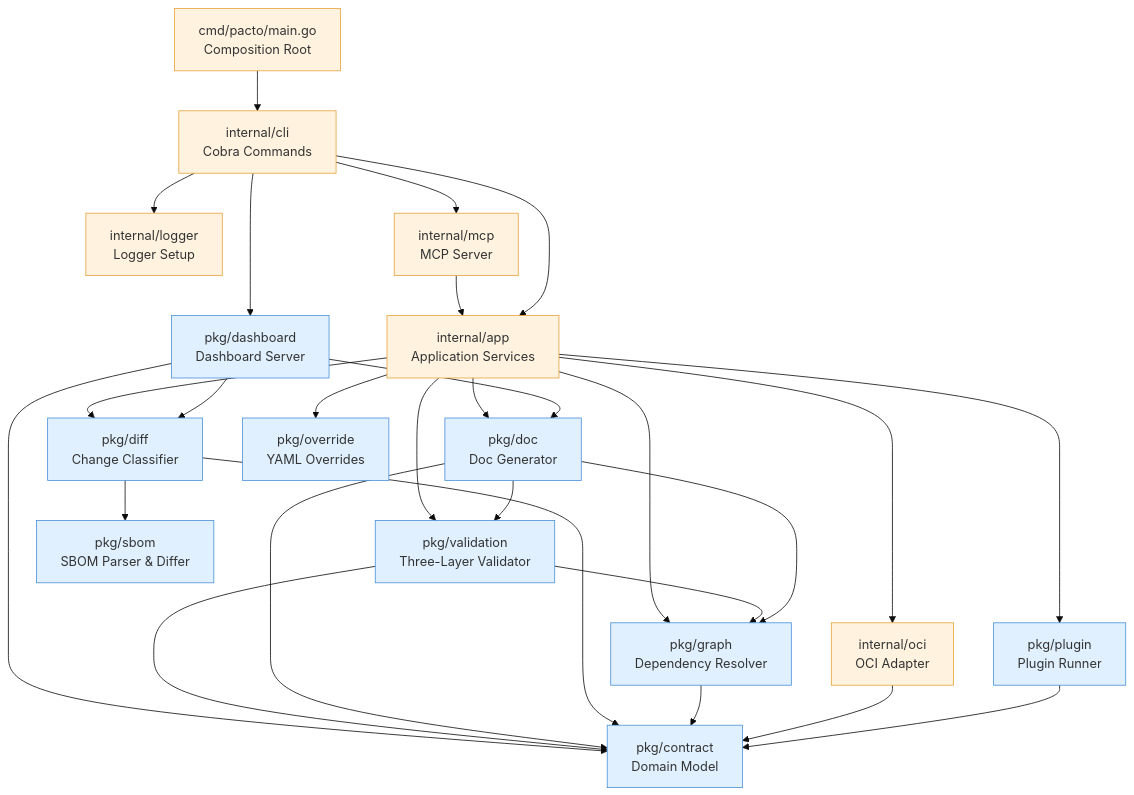
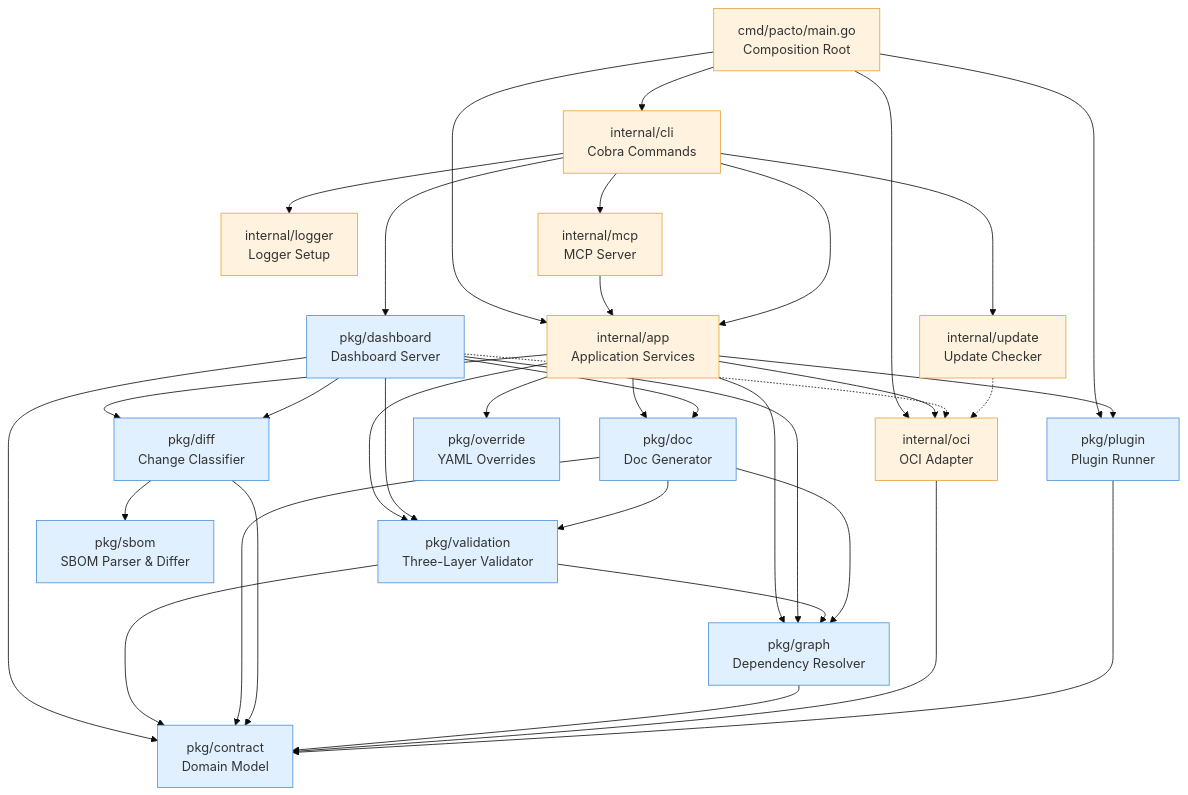
The first of 2 diagrams in docs/architecture.md (BurkeVeble83476n/pacto), drawn with Mermaid (base theme) before and after one commit. The commit also changed other lines of this file and 20 other files, not shown here.

````diff
--- a/docs/architecture.md
+++ b/docs/architecture.md
@@ -24,34 +24,42 @@
 ```mermaid
 graph TD
     MAIN[cmd/pacto/main.go<br/>Composition Root] --> CLI[internal/cli<br/>Cobra Commands]
+    MAIN --> APP
+    MAIN --> OCI
+    MAIN --> PLUG
     CLI --> LOG[internal/logger<br/>Logger Setup]
     CLI --> MCP[internal/mcp<br/>MCP Server]
+    CLI --> UPDATE[internal/update<br/>Update Checker]
     MCP --> APP
     CLI --> APP[internal/app<br/>Application Services]
     APP --> VAL[pkg/validation<br/>Three-Layer Validator]
     APP --> DIFF[pkg/diff<br/>Change Classifier]
     APP --> GRAPH[pkg/graph<br/>Dependency Resolver]
     APP --> OCI[internal/oci<br/>OCI Adapter]
     APP --> PLUG[pkg/plugin<br/>Plugin Runner]
     APP --> DOC[pkg/doc<br/>Doc Generator]
     APP --> OVER[pkg/override<br/>YAML Overrides]
     CLI --> DASH[pkg/dashboard<br/>Dashboard Server]
     DASH --> CONTRACT
     DASH --> DOC
     DASH --> DIFF
+    DASH --> VAL
+    DASH --> GRAPH
+    DASH -.-> OCI
     DIFF --> SBOM[pkg/sbom<br/>SBOM Parser & Differ]
     VAL --> GRAPH
     DOC --> GRAPH
     DOC --> VAL
     VAL --> CONTRACT[pkg/contract<br/>Domain Model]
     DOC --> CONTRACT
     DIFF --> CONTRACT
     GRAPH --> CONTRACT
     OCI --> CONTRACT
     PLUG --> CONTRACT
+    UPDATE -.-> OCI
 
     classDef pkg fill:#e0f0ff,stroke:#4a90d9
     classDef internal fill:#fff3e0,stroke:#e6a23c
     class CONTRACT,VAL,DIFF,GRAPH,PLUG,DOC,SBOM,OVER,DASH pkg
-    class APP,CLI,LOG,MCP,OCI,MAIN internal
+    class APP,CLI,LOG,MCP,OCI,MAIN,UPDATE internal
 ```
````
